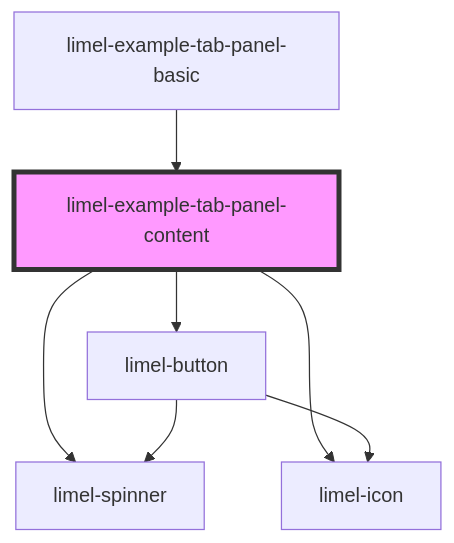
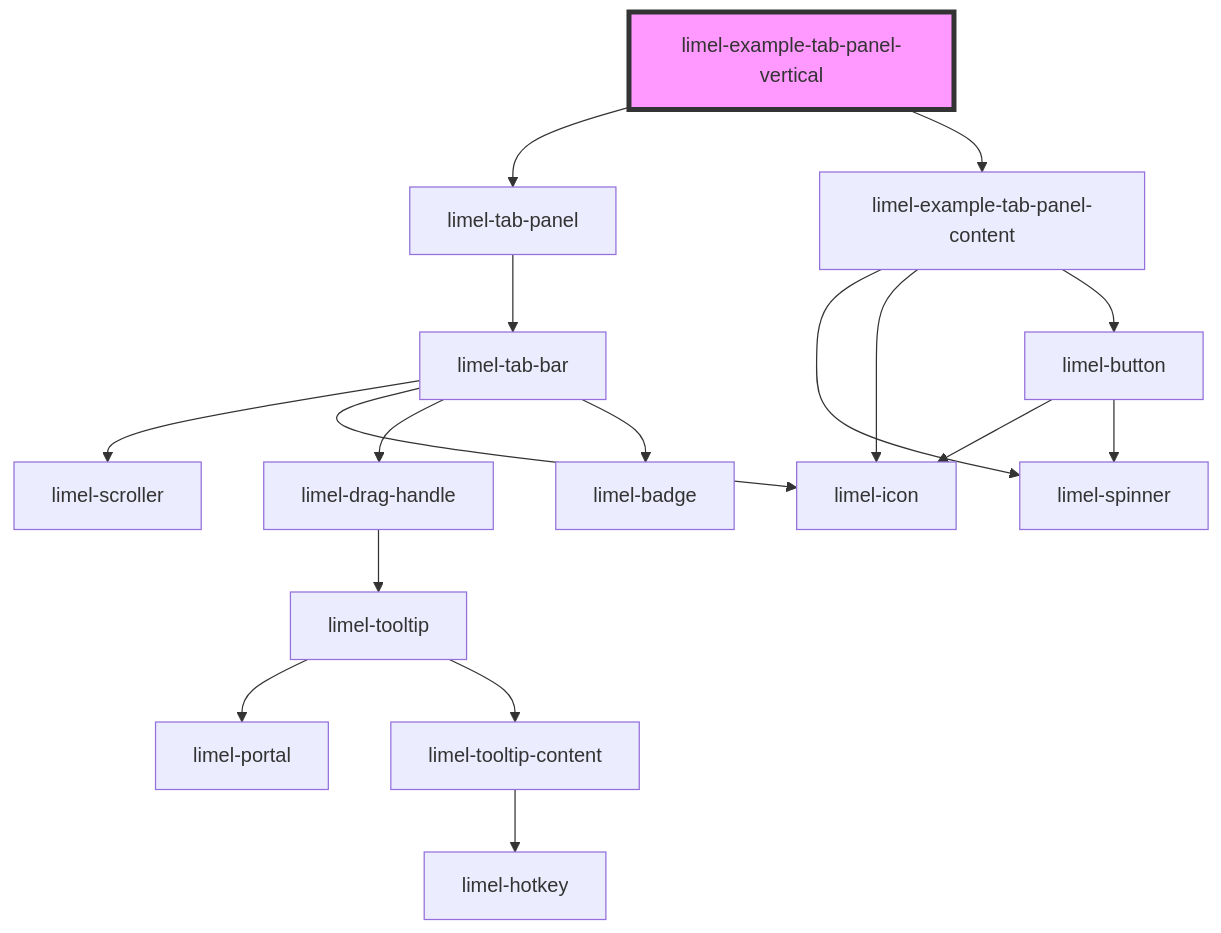
The diagram in versions/PR-4309/markdown-docs/components/tab-panel/examples/readme.md (Lundalogik/lime-elements), drawn with Mermaid before and after one commit. The commit also changed other lines of this file and 713 other files, not shown here.

````diff
--- a/versions/PR-4309/markdown-docs/components/tab-panel/examples/readme.md
+++ b/versions/PR-4309/markdown-docs/components/tab-panel/examples/readme.md
@@ -32,10 +25,20 @@
 ```mermaid
 graph TD;
+  limel-example-tab-panel-vertical --> limel-tab-panel
+  limel-example-tab-panel-vertical --> limel-example-tab-panel-content
+  limel-tab-panel --> limel-tab-bar
+  limel-tab-bar --> limel-scroller
+  limel-tab-bar --> limel-icon
+  limel-tab-bar --> limel-drag-handle
+  limel-tab-bar --> limel-badge
+  limel-drag-handle --> limel-tooltip
+  limel-tooltip --> limel-portal
+  limel-tooltip --> limel-tooltip-content
+  limel-tooltip-content --> limel-hotkey
   limel-example-tab-panel-content --> limel-spinner
   limel-example-tab-panel-content --> limel-icon
   limel-example-tab-panel-content --> limel-button
   limel-button --> limel-icon
   limel-button --> limel-spinner
-  limel-example-tab-panel-basic --> limel-example-tab-panel-content
-  style limel-example-tab-panel-content fill:#f9f,stroke:#333,stroke-width:4px
+  style limel-example-tab-panel-vertical fill:#f9f,stroke:#333,stroke-width:4px
 ```
````
